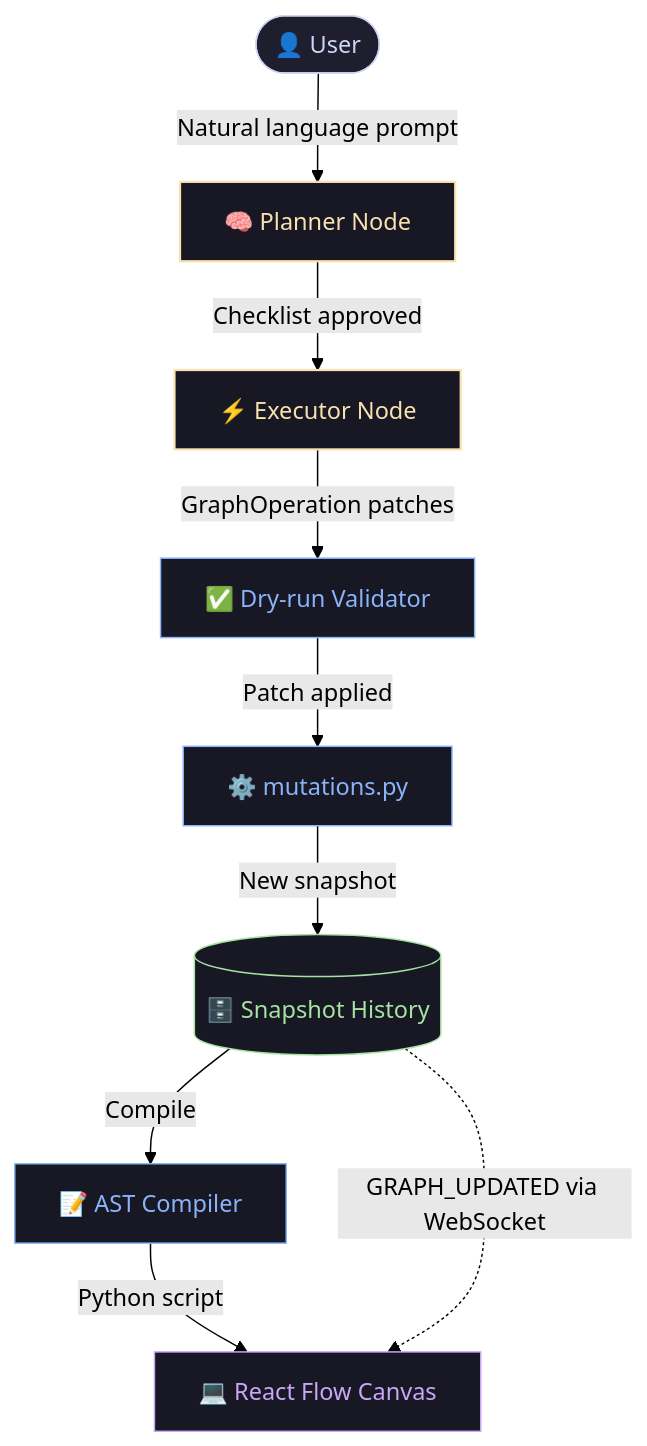
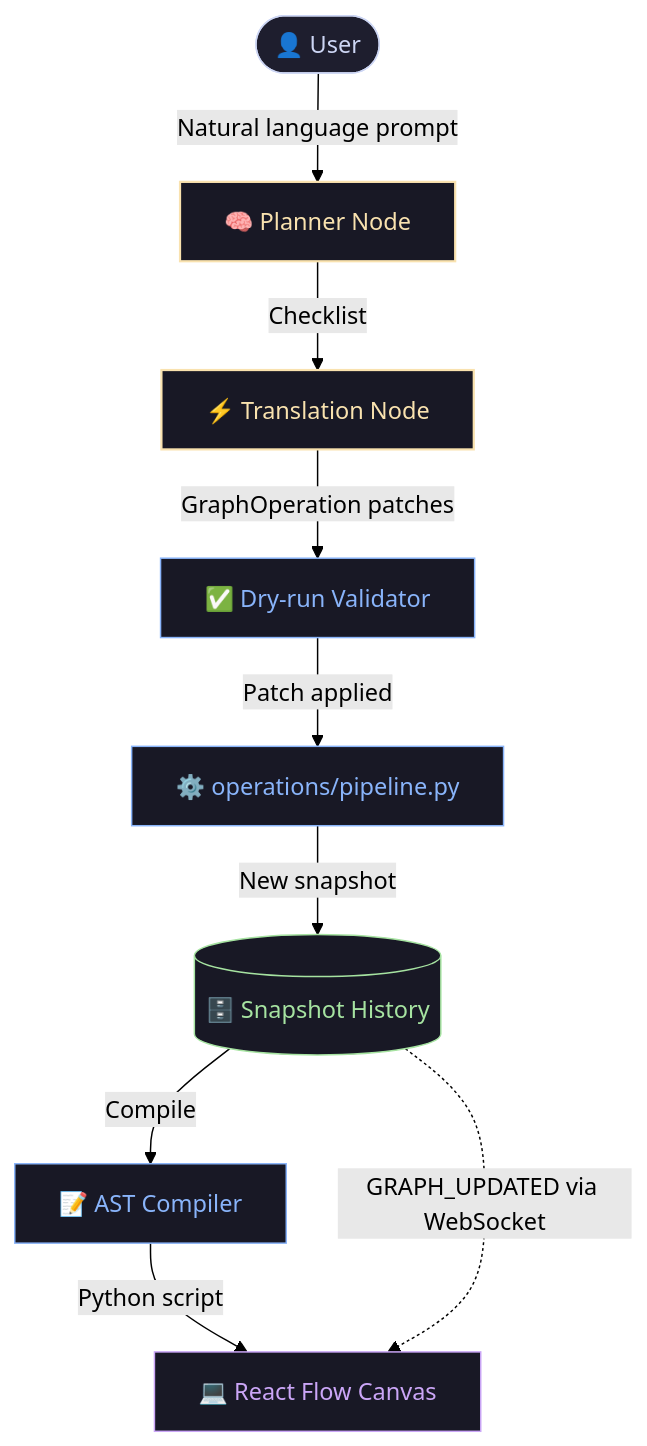
The diagram in README.md (kszucher/graphboard), drawn with Mermaid (forest theme) before and after one commit. The commit also changed other lines of this file and 2 other files, not shown here.

Commit message:
readme updated

````diff
--- a/README.md
+++ b/README.md
@@ -86,24 +86,24 @@
 ```mermaid
 graph TD
     %% Styling Classes
     classDef default fill:#1e1e2e,stroke:#cdd6f4,stroke-width:1px,color:#cdd6f4;
     classDef ui fill:#181825,stroke:#cba6f7,stroke-width:1px,color:#cba6f7;
     classDef copilot fill:#181825,stroke:#f9e2af,stroke-width:1.5px,color:#f9e2af;
     classDef backend fill:#181825,stroke:#89b4fa,stroke-width:1px,color:#89b4fa;
     classDef store fill:#181825,stroke:#a6e3a1,stroke-width:1px,color:#a6e3a1;
 
     User([👤 User]) -->|"Natural language prompt"| Planner["🧠 Planner Node"]
-    Planner -->|"Checklist approved"| Executor["⚡ Executor Node"]
-    Executor -->|"GraphOperation patches"| Validator["✅ Dry-run Validator"]
-    Validator -->|"Patch applied"| Mutations["⚙️ mutations.py"]
-    Mutations -->|"New snapshot"| History[("🗄️ Snapshot History")]
+    Planner -->|"Checklist"| Translator["⚡ Translation Node"]
+    Translator -->|"GraphOperation patches"| Validator["✅ Dry-run Validator"]
+    Validator -->|"Patch applied"| Operations["⚙️ operations/pipeline.py"]
+    Operations -->|"New snapshot"| History[("🗄️ Snapshot History")]
     History -->|"Compile"| Compiler["📝 AST Compiler"]
     Compiler -->|"Python script"| Canvas["💻 React Flow Canvas"]
     History -.->|"GRAPH_UPDATED via WebSocket"| Canvas
 
-    class Planner,Executor copilot;
-    class Validator,Mutations,Compiler backend;
+    class Planner,Translator copilot;
+    class Validator,Operations,Compiler backend;
     class History store;
     class Canvas ui;
     class User default;
 ```
````
